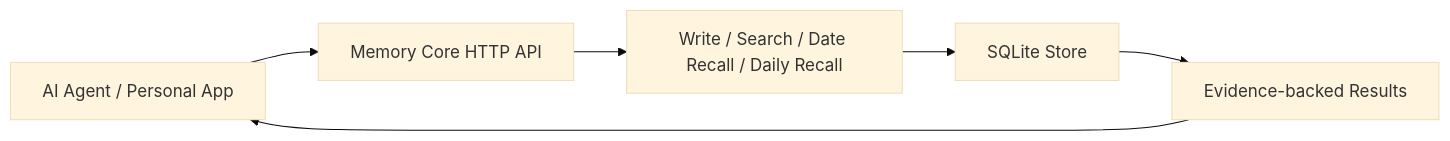
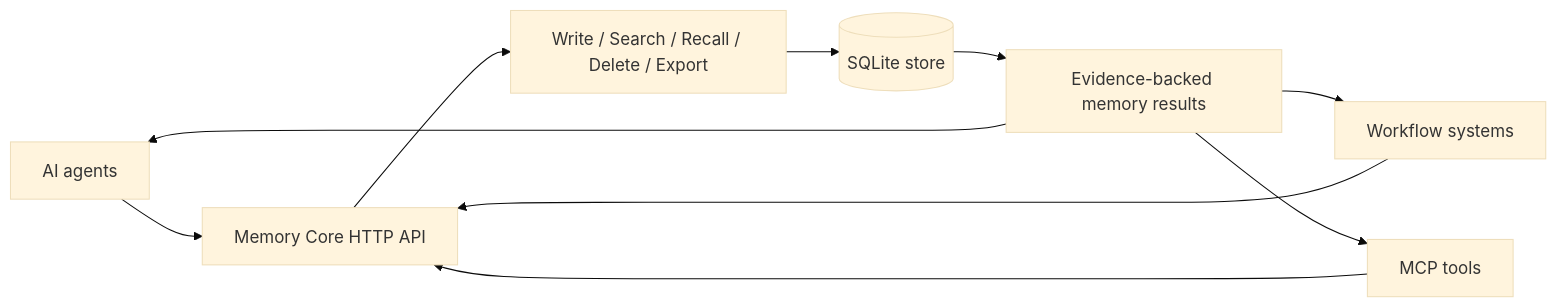
The first of 3 diagrams in README.en.md (sologhostsolo/soulark-memory-core), drawn with Mermaid (base theme) before and after one commit. The commit also changed other lines of this file and 2 other files, not shown here.

````diff
--- a/README.en.md
+++ b/README.en.md
@@ -37,8 +40,12 @@
 ```mermaid
 flowchart LR
-    A["AI Agent / Personal App"] --> B["Memory Core HTTP API"]
-    B --> C["Write / Search / Date Recall / Daily Recall"]
-    C --> D["SQLite Store"]
-    D --> E["Evidence-backed Results"]
-    E --> A
+    A[AI agents] --> C[Memory Core HTTP API]
+    B[Workflow systems] --> C
+    M[MCP tools] --> C
+    C --> D[Write / Search / Recall / Delete / Export]
+    D --> E[(SQLite store)]
+    E --> F[Evidence-backed memory results]
+    F --> A
+    F --> B
+    F --> M
 ```
````
